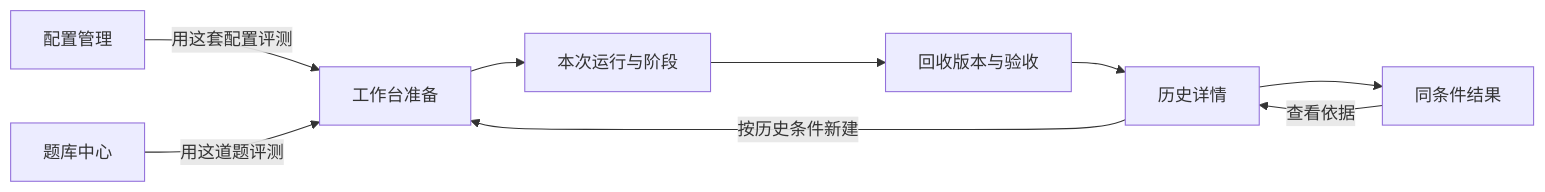
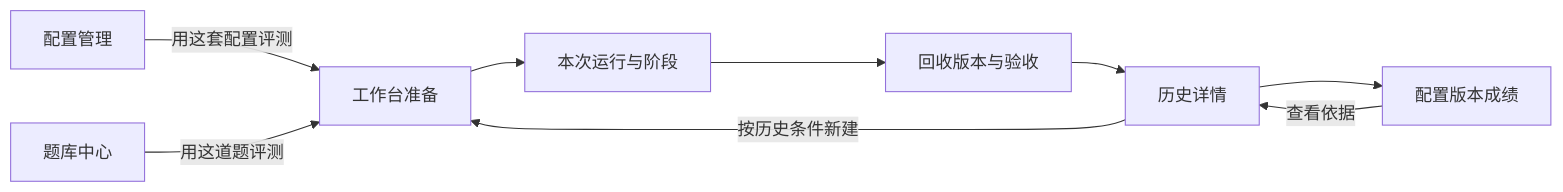
The diagram in docs/FRONTEND_SPEC.md (devonsagr/Codex-Harness-Bench), drawn with Mermaid before and after one commit. The commit also changed other lines of this file and 19 other files, not shown here.

````diff
--- a/docs/FRONTEND_SPEC.md
+++ b/docs/FRONTEND_SPEC.md
@@ -11,11 +11,11 @@
 ```mermaid
 flowchart LR
   C[配置管理] -->|用这套配置评测| W[工作台准备]
   T[题库中心] -->|用这道题评测| W
   W --> R[本次运行与阶段]
   R --> E[回收版本与验收]
   E --> H[历史详情]
   H -->|按历史条件新建| W
-  H --> B[同条件结果]
+  H --> B[配置版本成绩]
   B -->|查看依据| H
 ```
````
